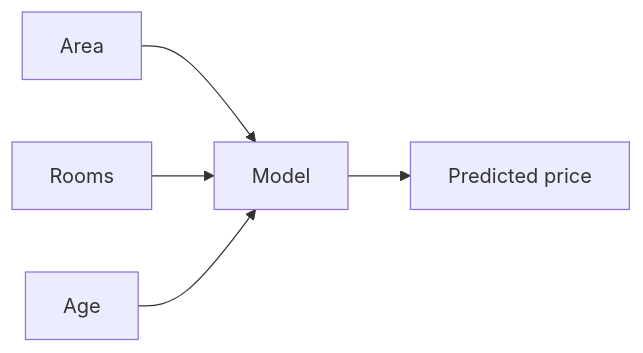
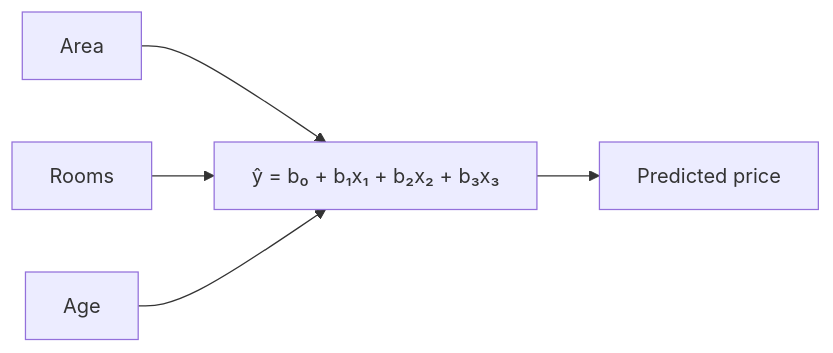
The seventh of 10 diagrams in semester-1/05-supervised-ml-regression/notes/02-linear-regression.md (mhd-riaz/data-scientist-roadmap), drawn with Mermaid before and after one commit. The commit also changed other lines of this file and 5 other files, not shown here.

````diff
--- a/semester-1/05-supervised-ml-regression/notes/02-linear-regression.md
+++ b/semester-1/05-supervised-ml-regression/notes/02-linear-regression.md
@@ -146,7 +327,7 @@
 ```mermaid
 flowchart LR
-    X1[Area] --> M[Model]
+    X1[Area] --> M["ŷ = b₀ + b₁x₁ + b₂x₂ + b₃x₃"]
     X2[Rooms] --> M
     X3[Age] --> M
     M --> Y[Predicted price]
 ```
````
